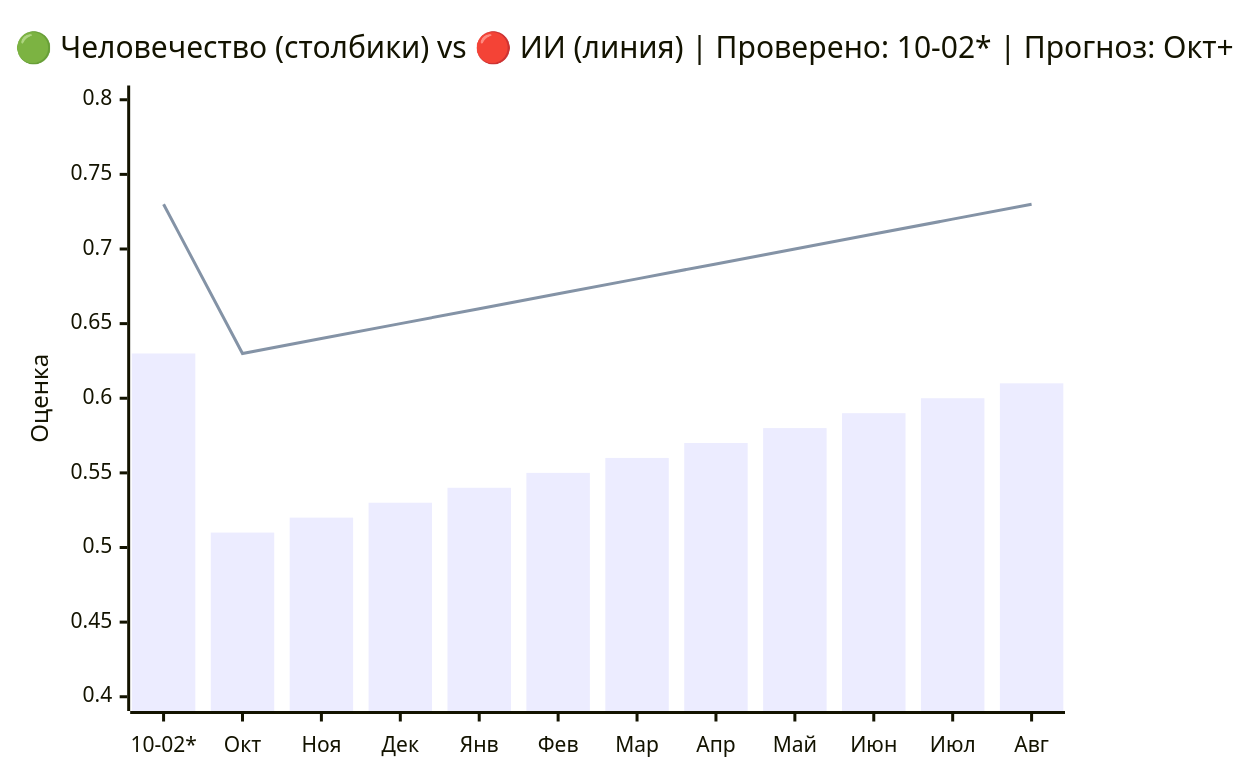
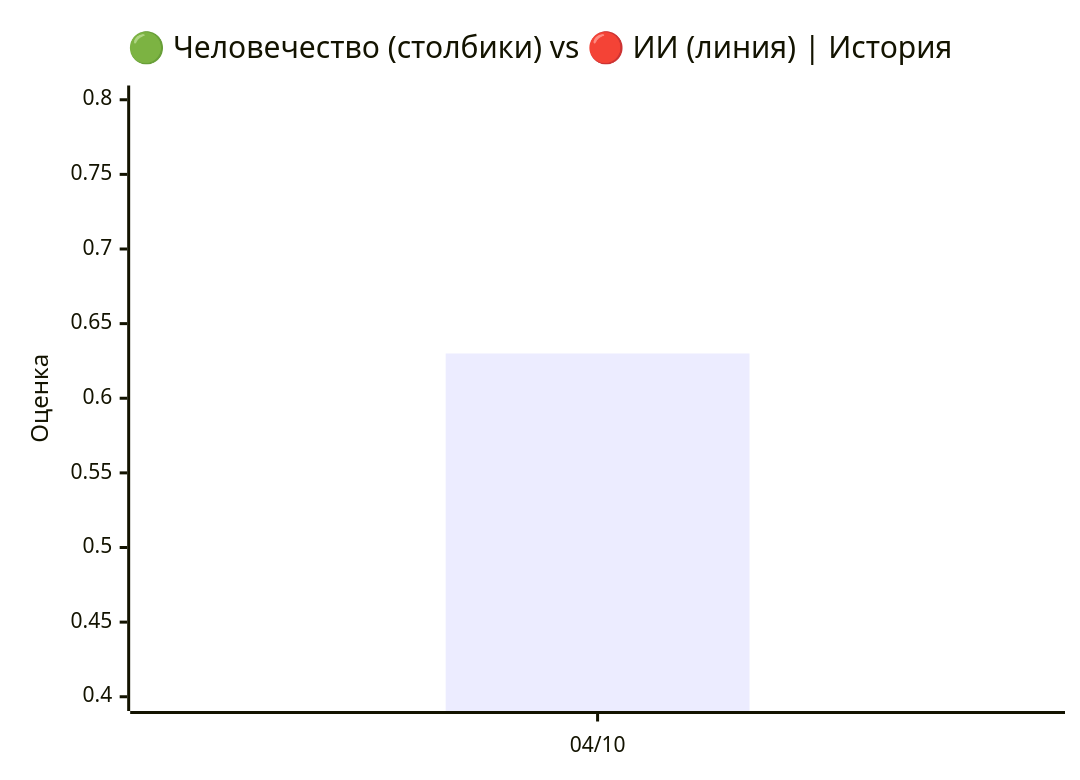
One commit to VQQLK/Human-AI-Monitor changed the first of 2 diagrams in README.ru.md. Above: the diagram before and after it, drawn with Mermaid. The commit also changed other lines of this file and 4 other files, not shown here.

First line of the commit message:
feat(readme): history-based charts + /gap-history endpoint (#27)

````diff
--- a/README.ru.md
+++ b/README.ru.md
@@ -32,8 +31,8 @@
 ```mermaid
 xychart-beta
-    title "🟢 Человечество (столбики) vs 🔴 ИИ (линия) | Проверено: 10-02* | Прогноз: Окт+"
-    x-axis ["10-02*", "Окт", "Ноя", "Дек", "Янв", "Фев", "Мар", "Апр", "Май", "Июн", "Июл", "Авг"]
+    title "🟢 Человечество (столбики) vs 🔴 ИИ (линия) | История"
+    x-axis ["04/10"]
     y-axis "Оценка" 0.40 --> 0.80
-    bar [0.63, 0.51, 0.52, 0.53, 0.54, 0.55, 0.56, 0.57, 0.58, 0.59, 0.60, 0.61]
-    line [0.73, 0.63, 0.64, 0.65, 0.66, 0.67, 0.68, 0.69, 0.70, 0.71, 0.72, 0.73]
+    bar [0.63]
+    line [0.73]
 ```
````
